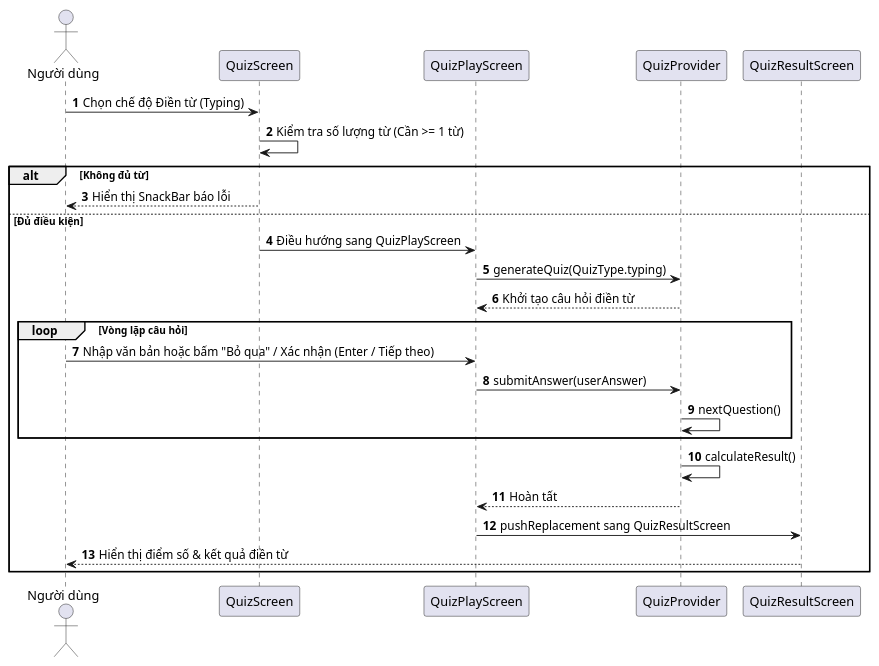
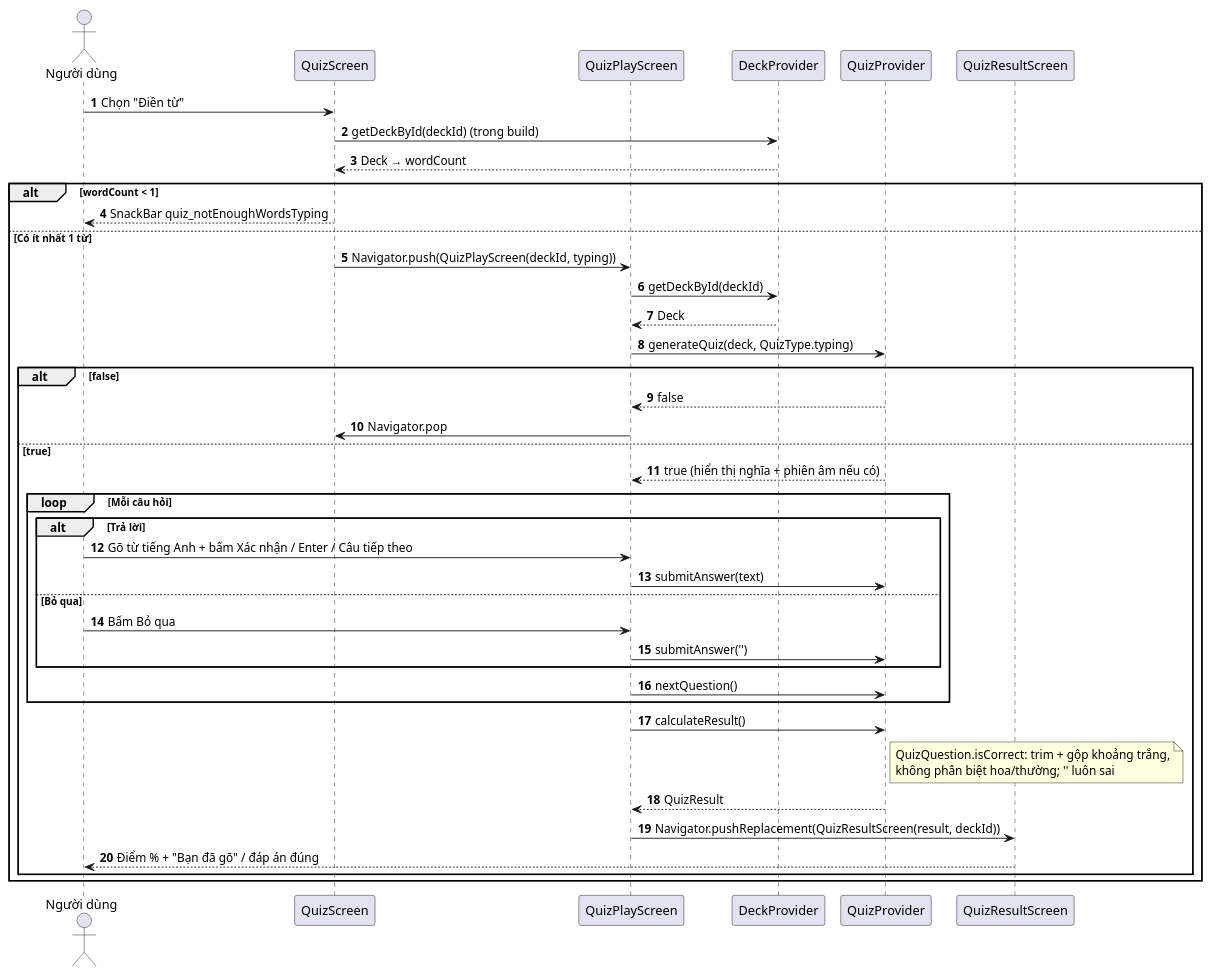
The diagram in docs/sequence_quiz_typing.puml (hoang-adu/2026_2027_1_1_LTTBDD_N01_Nhom_2), drawn with PlantUML before and after one commit. The commit also changed 8 other files, not shown here.

Commit message:
docs(uml): sửa sơ đồ sequence/activity khớp với code

```diff
--- a/docs/sequence_quiz_typing.puml
+++ b/docs/sequence_quiz_typing.puml
@@ -1,27 +1,42 @@
 @startuml
 autonumber
 actor "Người dùng" as User
 participant "QuizScreen" as UI1
 participant "QuizPlayScreen" as UI2
-participant "QuizProvider" as Provider
+participant "DeckProvider" as DeckProvider
+participant "QuizProvider" as Quiz
 participant "QuizResultScreen" as UIResult
 
-User -> UI1: Chọn chế độ Điền từ (Typing)
-UI1 -> UI1: Kiểm tra số lượng từ (Cần >= 1 từ)
-alt Không đủ từ
-    UI1 --> User: Hiển thị SnackBar báo lỗi
-else Đủ điều kiện
-    UI1 -> UI2: Điều hướng sang QuizPlayScreen
-    UI2 -> Provider: generateQuiz(QuizType.typing)
-    Provider --> UI2: Khởi tạo câu hỏi điền từ
-    loop Vòng lặp câu hỏi
-        User -> UI2: Nhập văn bản hoặc bấm "Bỏ qua" / Xác nhận (Enter / Tiếp theo)
-        UI2 -> Provider: submitAnswer(userAnswer)
-        Provider -> Provider: nextQuestion()
+User -> UI1: Chọn "Điền từ"
+UI1 -> DeckProvider: getDeckById(deckId) (trong build)
+DeckProvider --> UI1: Deck → wordCount
+alt wordCount < 1
+    UI1 --> User: SnackBar quiz_notEnoughWordsTyping
+else Có ít nhất 1 từ
+    UI1 -> UI2: Navigator.push(QuizPlayScreen(deckId, typing))
+    UI2 -> DeckProvider: getDeckById(deckId)
+    DeckProvider --> UI2: Deck
+    UI2 -> Quiz: generateQuiz(deck, QuizType.typing)
+    alt false
+        Quiz --> UI2: false
+        UI2 -> UI1: Navigator.pop
+    else true
+        Quiz --> UI2: true (hiển thị nghĩa + phiên âm nếu có)
+        loop Mỗi câu hỏi
+            alt Trả lời
+                User -> UI2: Gõ từ tiếng Anh + bấm Xác nhận / Enter / Câu tiếp theo
+                UI2 -> Quiz: submitAnswer(text)
+            else Bỏ qua
+                User -> UI2: Bấm Bỏ qua
+                UI2 -> Quiz: submitAnswer('')
+            end
+            UI2 -> Quiz: nextQuestion()
+        end
+        UI2 -> Quiz: calculateResult()
+        note right of Quiz: QuizQuestion.isCorrect: trim + gộp khoảng trắng,\nkhông phân biệt hoa/thường; '' luôn sai
+        Quiz --> UI2: QuizResult
+        UI2 -> UIResult: Navigator.pushReplacement(QuizResultScreen(result, deckId))
+        UIResult --> User: Điểm % + "Bạn đã gõ" / đáp án đúng
     end
-    Provider -> Provider: calculateResult()
-    Provider --> UI2: Hoàn tất
-    UI2 -> UIResult: pushReplacement sang QuizResultScreen
-    UIResult --> User: Hiển thị điểm số & kết quả điền từ
 end
 @enduml
```
